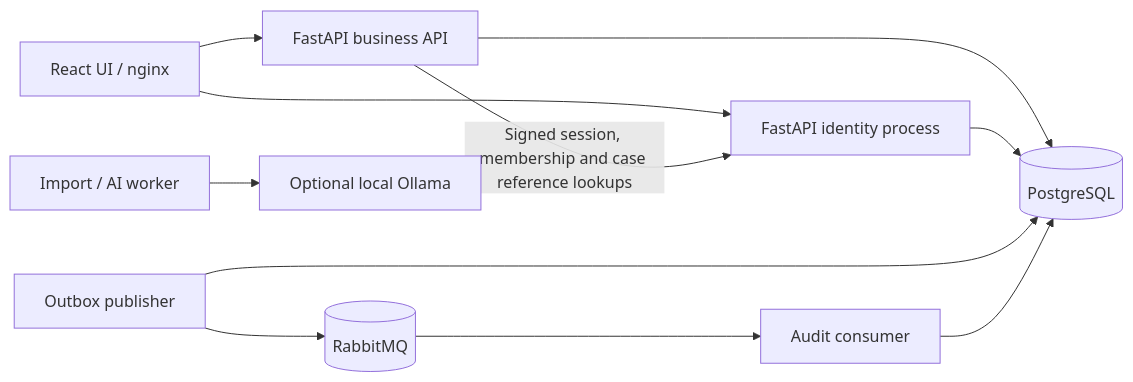
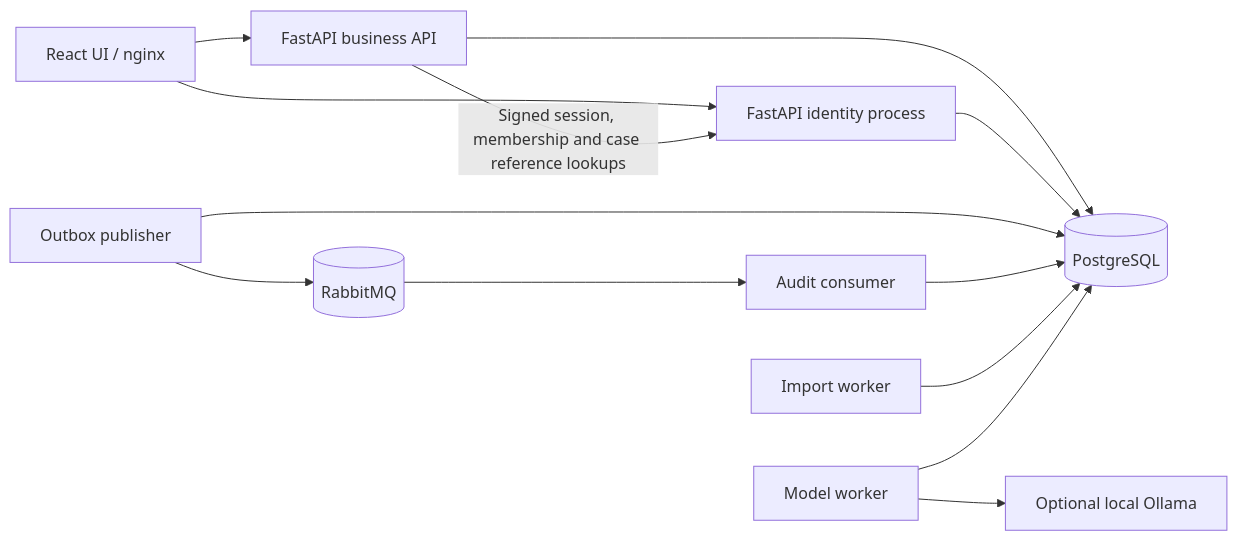
The first of 4 diagrams in docs/architecture/target-state.md (picolitios/processmind-ai), drawn with Mermaid before and after one commit. The commit also changed other lines of this file and 10 other files, not shown here.

Commit message:
refactor: isolate model jobs in a dedicated worker (#24)

````diff
--- a/docs/architecture/target-state.md
+++ b/docs/architecture/target-state.md
@@ -16,13 +16,15 @@
 ```mermaid
 flowchart LR
   UI[React UI / nginx] --> API[FastAPI business API]
   UI --> ID[FastAPI identity process]
   API -->|Signed session, membership and case reference lookups| ID
   API --> PG[(PostgreSQL)]
   ID --> PG
   PUB[Outbox publisher] --> PG
   PUB --> MQ[(RabbitMQ)]
   MQ --> CON[Audit consumer]
   CON --> PG
-  WORKER[Import / AI worker] --> OLL[Optional local Ollama]
+  IMPORT[Import worker] --> PG
+  MODEL[Model worker] --> OLL[Optional local Ollama]
+  MODEL --> PG
 ```
````
